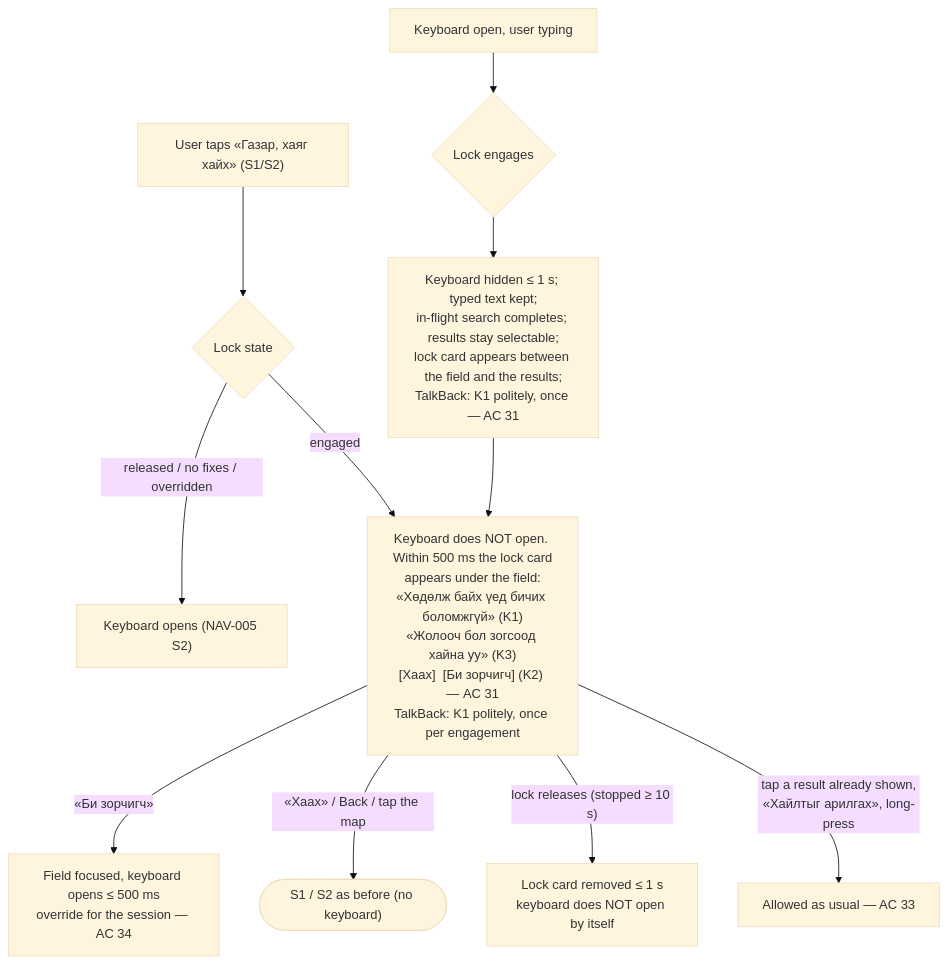
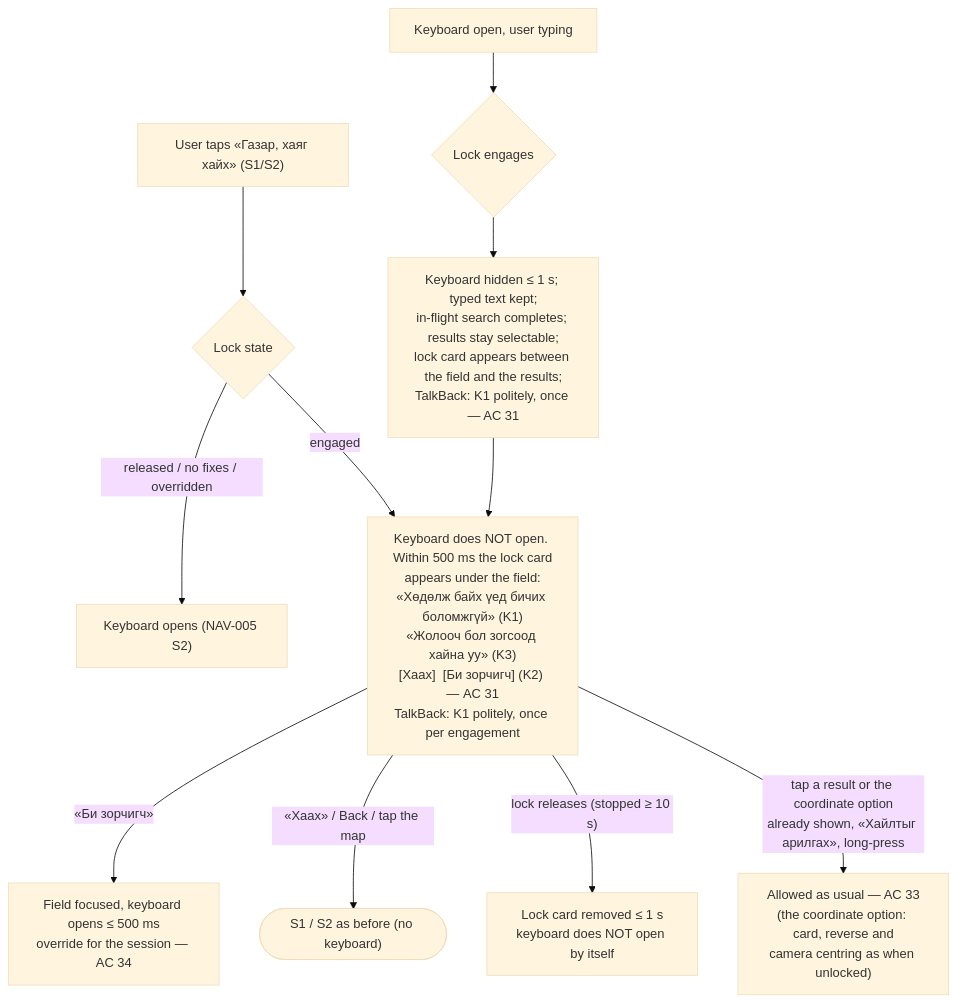
The fifth of 6 diagrams in docs/design/flows/NAV-011-android-route-preview-search-parity.md (Uranbold/test.github.io), drawn with Mermaid (base theme) before and after one commit. The commit also changed other lines of this file and 25 other files, not shown here.

First line of the commit message:
NAV-011 change (D140): Android typed coordinates show «Сонгосон цэг» with 0 search requests and open the coordinate card; AC 39 restored; light QA 428 tests green

````diff
--- a/docs/design/flows/NAV-011-android-route-preview-search-parity.md
+++ b/docs/design/flows/NAV-011-android-route-preview-search-parity.md
@@ -144,14 +156,14 @@
 ```mermaid
 flowchart TD
     TAP["User taps «Газар, хаяг хайх» (S1/S2)"] --> L{"Lock state"}
     L -- "released / no fixes / overridden" --> KB["Keyboard opens (NAV-005 S2)"]
     L -- "engaged" --> LC["Keyboard does NOT open. Within 500 ms the lock card<br/>appears under the field:<br/>«Хөдөлж байх үед бичих боломжгүй» (K1)<br/>«Жолооч бол зогсоод хайна уу» (K3)<br/>[Хаах]  [Би зорчигч] (K2) — AC 31<br/>TalkBack: K1 politely, once per engagement"]
     LC -- "«Би зорчигч»" --> OV["Field focused, keyboard opens ≤ 500 ms<br/>override for the session — AC 34"]
     LC -- "«Хаах» / Back / tap the map" --> S1(["S1 / S2 as before (no keyboard)"])
     LC -- "lock releases (stopped ≥ 10 s)" --> GONE["Lock card removed ≤ 1 s<br/>keyboard does NOT open by itself"]
-    LC -- "tap a result already shown,<br/>«Хайлтыг арилгах», long-press" --> OK["Allowed as usual — AC 33"]
+    LC -- "tap a result or the coordinate option<br/>already shown, «Хайлтыг арилгах», long-press" --> OK["Allowed as usual — AC 33<br/>(the coordinate option: card, reverse and<br/>camera centring as when unlocked)"]
 
     TYPING["Keyboard open, user typing"] --> ENG{"Lock engages"}
     ENG --> HIDE["Keyboard hidden ≤ 1 s; typed text kept;<br/>in-flight search completes; results stay selectable;<br/>lock card appears between the field and the results;<br/>TalkBack: K1 politely, once — AC 31"]
     HIDE --> LC
 ```
````
